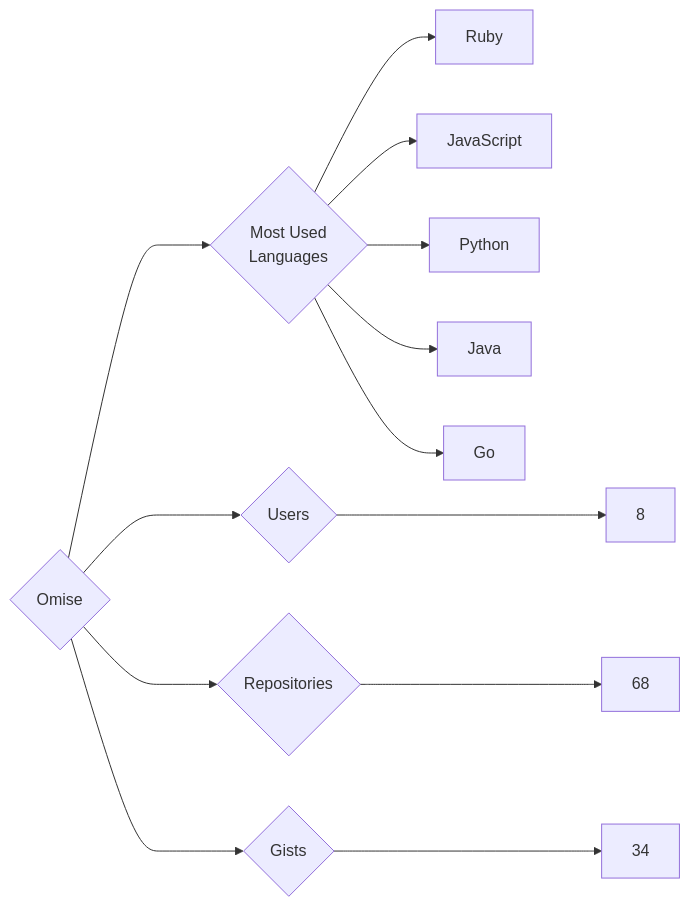
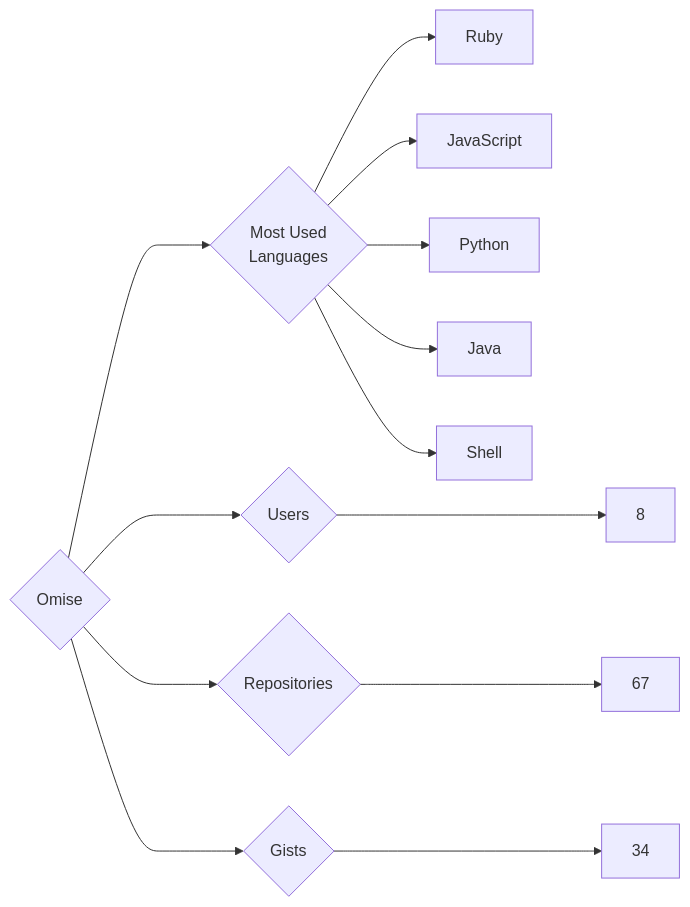
One commit to trickest/insiders changed the diagram in targets/Omise/README.md. Above: the diagram before and after it, drawn with Mermaid. The commit also changed 1508 other files, not shown here.

````diff
--- a/targets/Omise/README.md
+++ b/targets/Omise/README.md
@@ -3,13 +3,13 @@
 ```mermaid
 graph LR
 COMPANY_NAME{Omise}
 COMPANY_NAME ---> U{Users} ---> UN[8]
-COMPANY_NAME ---> R{Repositories} ---> RN[68]
+COMPANY_NAME ---> R{Repositories} ---> RN[67]
 COMPANY_NAME ---> G{Gists} ---> GN[34]
 COMPANY_NAME ---> ML{Most Used<br>Languages}
 ML --> Ruby[Ruby]
 ML --> JavaScript[JavaScript]
 ML --> Python[Python]
 ML --> Java[Java]
-ML --> Go[Go]
+ML --> Shell[Shell]
 ```
````
